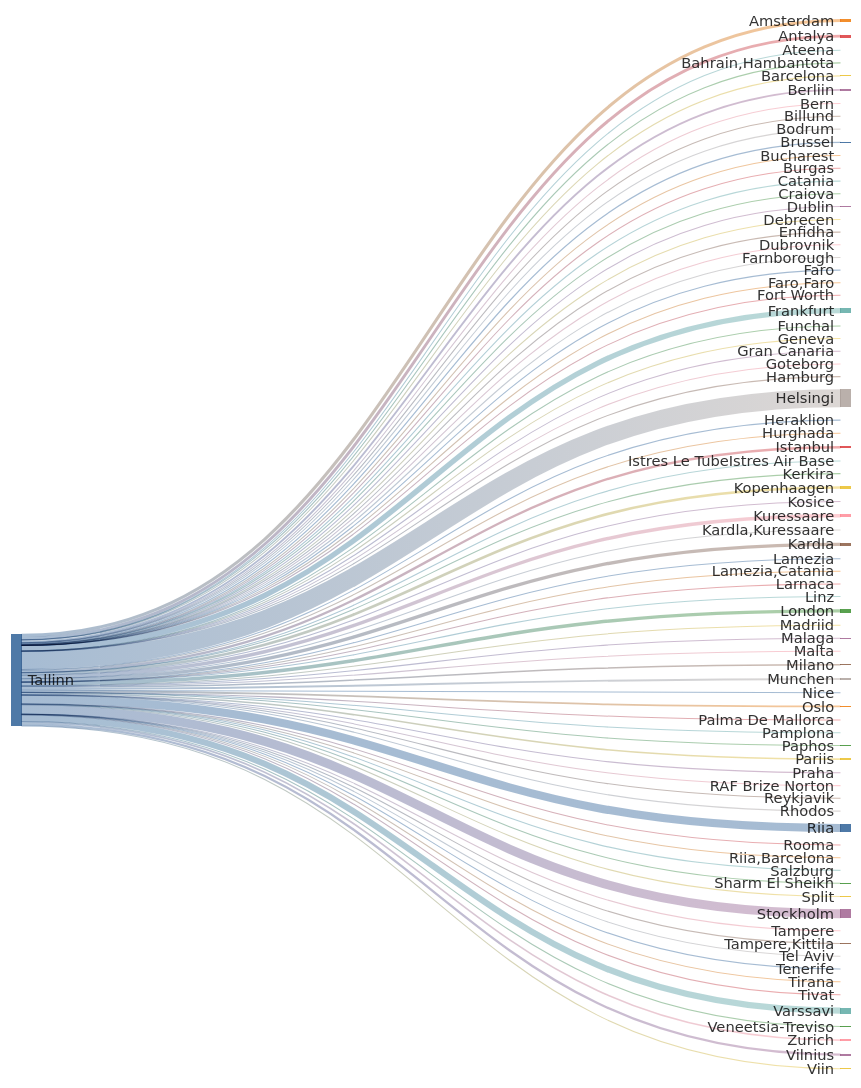
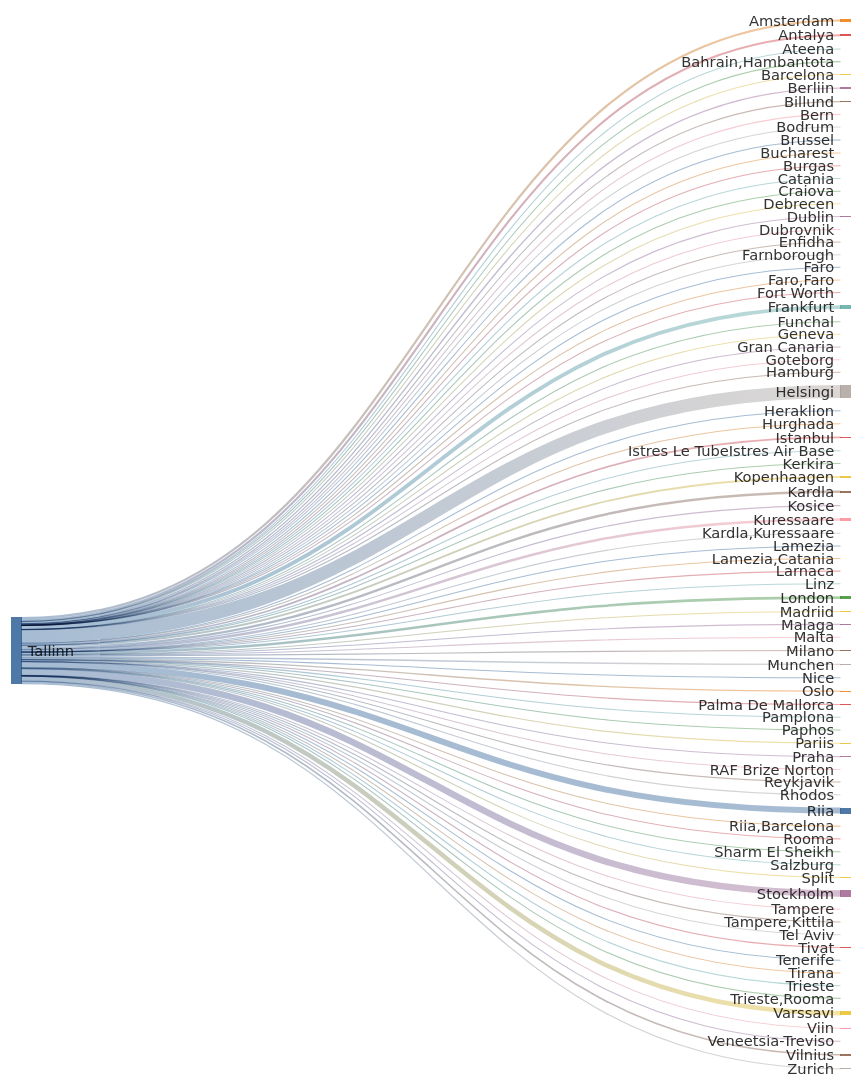
The second of 2 diagrams in README.md (rainermesi/tll-airport-departures), drawn with Mermaid before and after one commit. The commit also changed other lines of this file and 1 other file, not shown here.

````diff
--- a/README.md
+++ b/README.md
@@ -41,83 +41,85 @@
 ---
 sankey-beta
 %% source,target,value
-Tallinn,Amsterdam,579
-Tallinn,Antalya,553
+Tallinn,Amsterdam,581
+Tallinn,Antalya,558
 Tallinn,Ateena,16
 Tallinn,"Bahrain,Hambantota",1
 Tallinn,Barcelona,163
-Tallinn,Berliin,360
+Tallinn,Berliin,362
 Tallinn,Bern,1
 Tallinn,Billund,87
 Tallinn,Bodrum,14
-Tallinn,Brussel,222
+Tallinn,Brussel,223
 Tallinn,Bucharest,1
 Tallinn,Burgas,67
 Tallinn,Catania,2
 Tallinn,Craiova,1
 Tallinn,Debrecen,1
-Tallinn,Dublin,108
+Tallinn,Dublin,109
 Tallinn,Dubrovnik,21
 Tallinn,Enfidha,17
 Tallinn,Farnborough,1
 Tallinn,Faro,4
 Tallinn,"Faro,Faro",1
 Tallinn,Fort Worth,1
-Tallinn,Frankfurt,1012
+Tallinn,Frankfurt,1015
 Tallinn,Funchal,8
 Tallinn,Geneva,13
 Tallinn,Gran Canaria,38
 Tallinn,Goteborg,2
 Tallinn,Hamburg,2
-Tallinn,Helsingi,3392
-Tallinn,Heraklion,134
-Tallinn,Hurghada,76
-Tallinn,Istanbul,440
+Tallinn,Helsingi,3401
+Tallinn,Heraklion,135
+Tallinn,Hurghada,77
+Tallinn,Istanbul,441
 Tallinn,Istres Le TubeIstres Air Base,2
 Tallinn,Kerkira,4
-Tallinn,Kopenhaagen,489
+Tallinn,Kopenhaagen,492
 Tallinn,Kosice,1
-Tallinn,Kuressaare,643
-Tallinn,Kardla,645
+Tallinn,Kuressaare,644
+Tallinn,Kardla,646
 Tallinn,"Kardla,Kuressaare",1
 Tallinn,Lamezia,5
 Tallinn,"Lamezia,Catania",3
 Tallinn,Larnaca,8
 Tallinn,Linz,2
-Tallinn,London,656
+Tallinn,London,658
 Tallinn,Madriid,5
 Tallinn,Malaga,140
 Tallinn,Malta,36
-Tallinn,Milano,285
-Tallinn,Munchen,363
-Tallinn,Nice,65
-Tallinn,Oslo,340
+Tallinn,Milano,286
+Tallinn,Munchen,365
+Tallinn,Nice,66
+Tallinn,Oslo,342
 Tallinn,Palma De Mallorca,40
 Tallinn,Pamplona,1
 Tallinn,Paphos,66
-Tallinn,Pariis,303
-Tallinn,Praha,100
+Tallinn,Pariis,304
+Tallinn,Praha,101
 Tallinn,RAF Brize Norton,1
 Tallinn,Reykjavik,20
 Tallinn,Rhodos,73
-Tallinn,Riia,1543
+Tallinn,Riia,1547
 Tallinn,"Riia,Barcelona",1
 Tallinn,Rooma,80
 Tallinn,Salzburg,14
 Tallinn,Sharm El Sheikh,119
-Tallinn,Split,66
-Tallinn,Stockholm,1698
+Tallinn,Split,67
+Tallinn,Stockholm,1704
 Tallinn,Tampere,17
 Tallinn,"Tampere,Kittila",21
 Tallinn,Tel Aviv,2
 Tallinn,Tenerife,58
 Tallinn,Tirana,42
-Tallinn,Tivat,79
-Tallinn,Varssavi,1177
+Tallinn,Tivat,80
+Tallinn,Trieste,1
+Tallinn,"Trieste,Rooma",1
+Tallinn,Varssavi,1181
 Tallinn,Veneetsia-Treviso,67
 Tallinn,Viin,106
-Tallinn,Vilnius,430
-Tallinn,Zurich,305
+Tallinn,Vilnius,431
+Tallinn,Zurich,306
 
 
 ```
````
